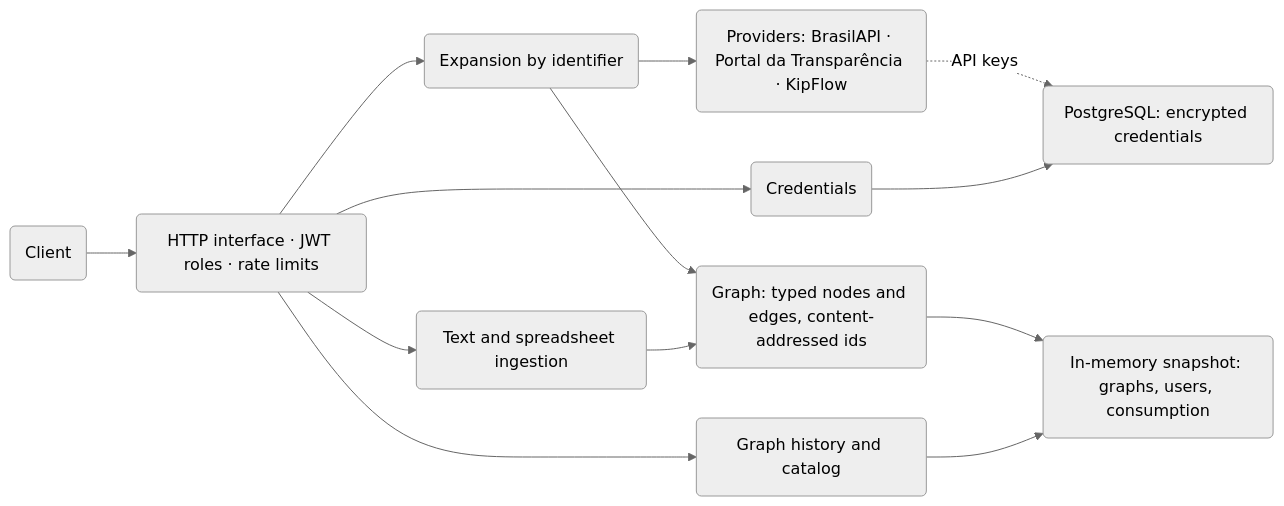
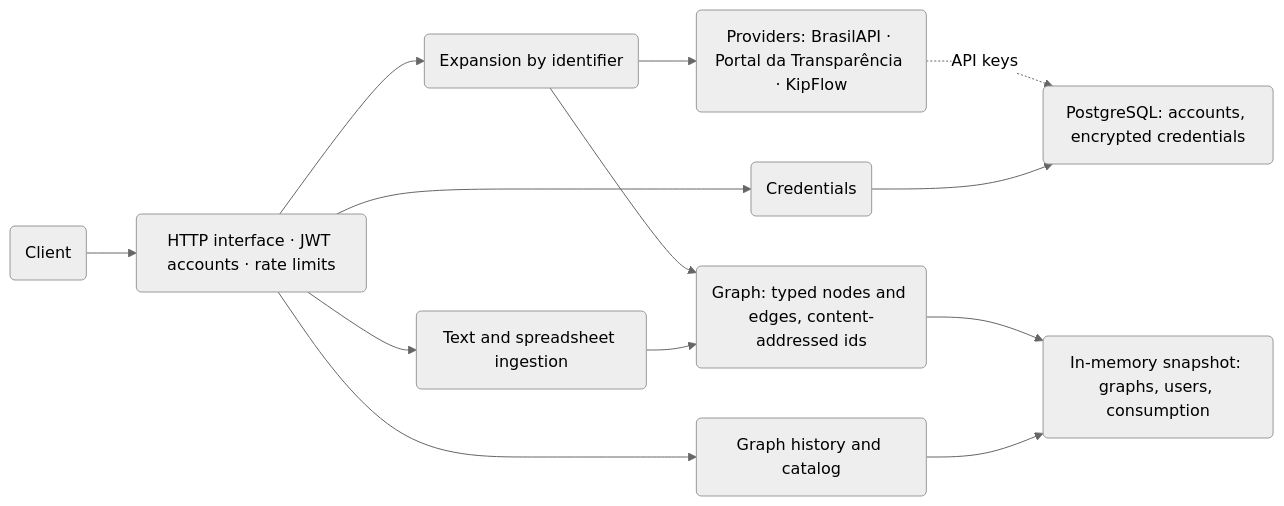
The diagram in README.md (geldois/osint-engine), drawn with Mermaid (neutral theme) before and after one commit. The commit also changed other lines of this file and 90 other files, not shown here.

````diff
--- a/README.md
+++ b/README.md
@@ -27,15 +27,15 @@
 ```mermaid
 flowchart LR
-    Client("Client") --> Interface("HTTP interface · JWT roles · rate limits")
+    Client("Client") --> Interface("HTTP interface · JWT accounts · rate limits")
     Interface --> Expansion("Expansion by identifier")
     Interface --> Ingestion("Text and spreadsheet ingestion")
     Interface --> History("Graph history and catalog")
     Interface --> Credentials("Credentials")
     Expansion --> Providers("Providers: BrasilAPI · Portal da Transparência · KipFlow")
     Expansion --> Graph("Graph: typed nodes and edges, content-addressed ids")
     Ingestion --> Graph
     Graph --> Snapshot("In-memory snapshot: graphs, users, consumption")
     History --> Snapshot
-    Providers -. "API keys" .-> Postgres("PostgreSQL: encrypted credentials")
+    Providers -. "API keys" .-> Postgres("PostgreSQL: accounts, encrypted credentials")
     Credentials --> Postgres
 ```
````
